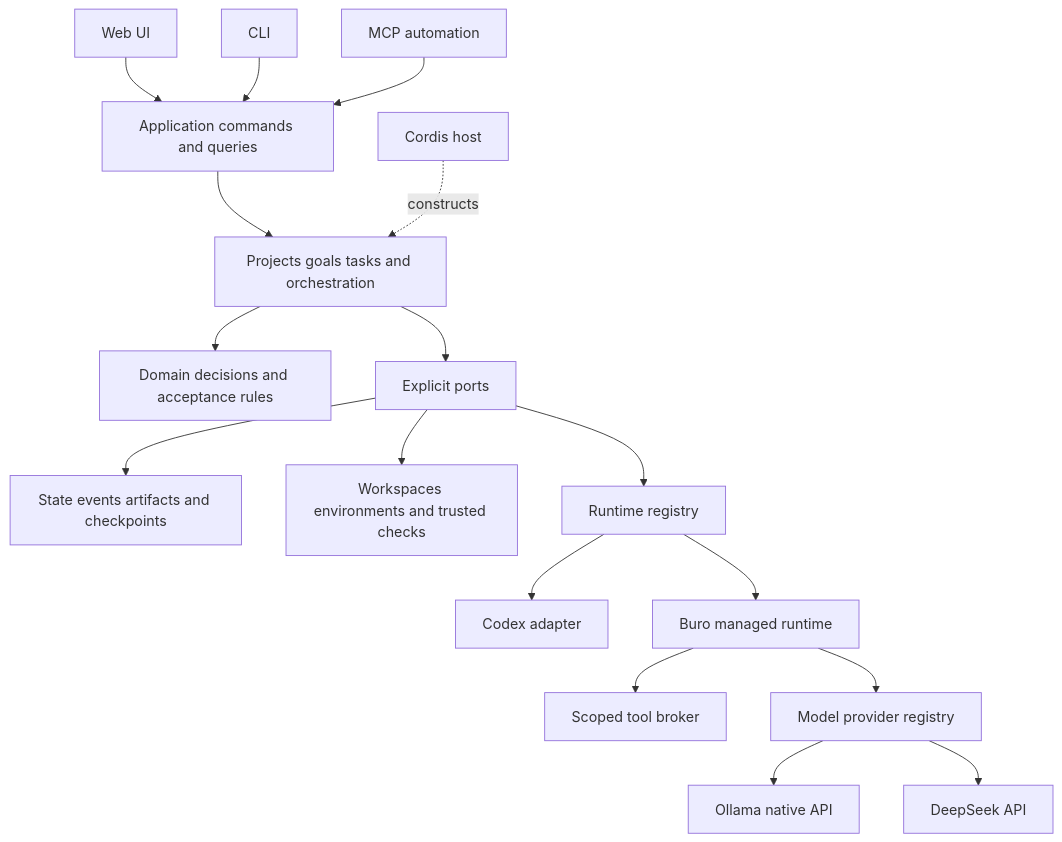
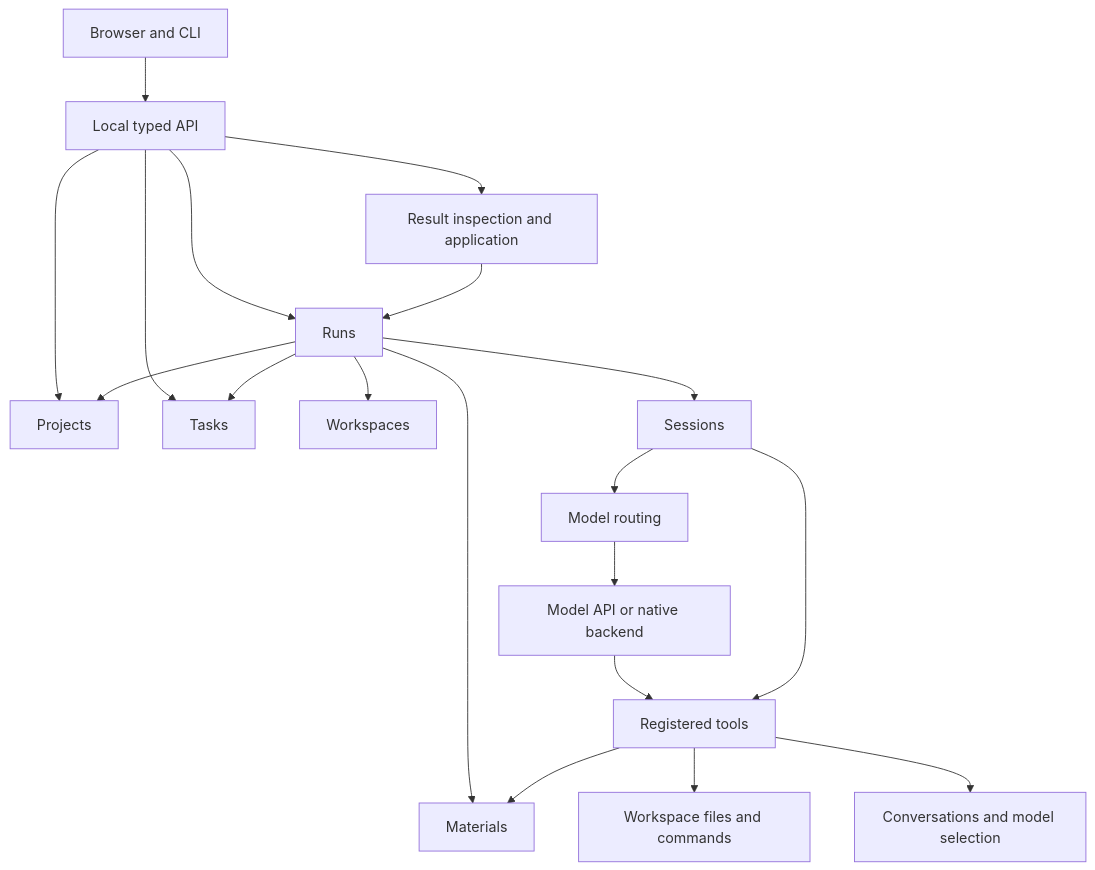
The diagram in ARCHITECTURE.md (buro-hq/buro), drawn with Mermaid before and after one commit. The commit also changed other lines of this file and 40 other files, not shown here.

Commit message:
Unify native backends and simplify context access

````diff
--- a/ARCHITECTURE.md
+++ b/ARCHITECTURE.md
@@ -34,19 +23,21 @@
 ```mermaid
-flowchart TB
-  UI[Web UI] --> API[Application commands and queries]
-  CLI[CLI] --> API
-  MCP[MCP automation] --> API
-  API --> APP[Projects goals tasks and orchestration]
-  HOST[Cordis host] -. constructs .-> APP
-  APP --> CORE[Domain decisions and acceptance rules]
-  APP --> PORTS[Explicit ports]
-  PORTS --> STORE[State events artifacts and checkpoints]
-  PORTS --> EXEC[Workspaces environments and trusted checks]
-  PORTS --> RR[Runtime registry]
-  RR --> CX[Codex adapter]
-  RR --> MR[Buro managed runtime]
-  MR --> TOOLS[Scoped tool broker]
-  MR --> MP[Model provider registry]
-  MP --> O[Ollama native API]
-  MP --> D[DeepSeek API]
+flowchart TD
+  Browser[Browser and CLI] --> API[Local typed API]
+  API --> Projects[Projects]
+  API --> Tasks[Tasks]
+  API --> Runs[Runs]
+  Runs --> Projects
+  Runs --> Tasks
+  Runs --> Materials[Materials]
+  Runs --> Workspaces[Workspaces]
+  Runs --> Sessions[Sessions]
+  Sessions --> Models[Model routing]
+  Models --> Backends[Model API or native backend]
+  Backends --> Broker[Registered tools]
+  Sessions --> Broker
+  Broker --> Files[Workspace files and commands]
+  Broker --> Collaboration[Conversations and model selection]
+  Broker --> Materials
+  API --> Results[Result inspection and application]
+  Results --> Runs
 ```
````
